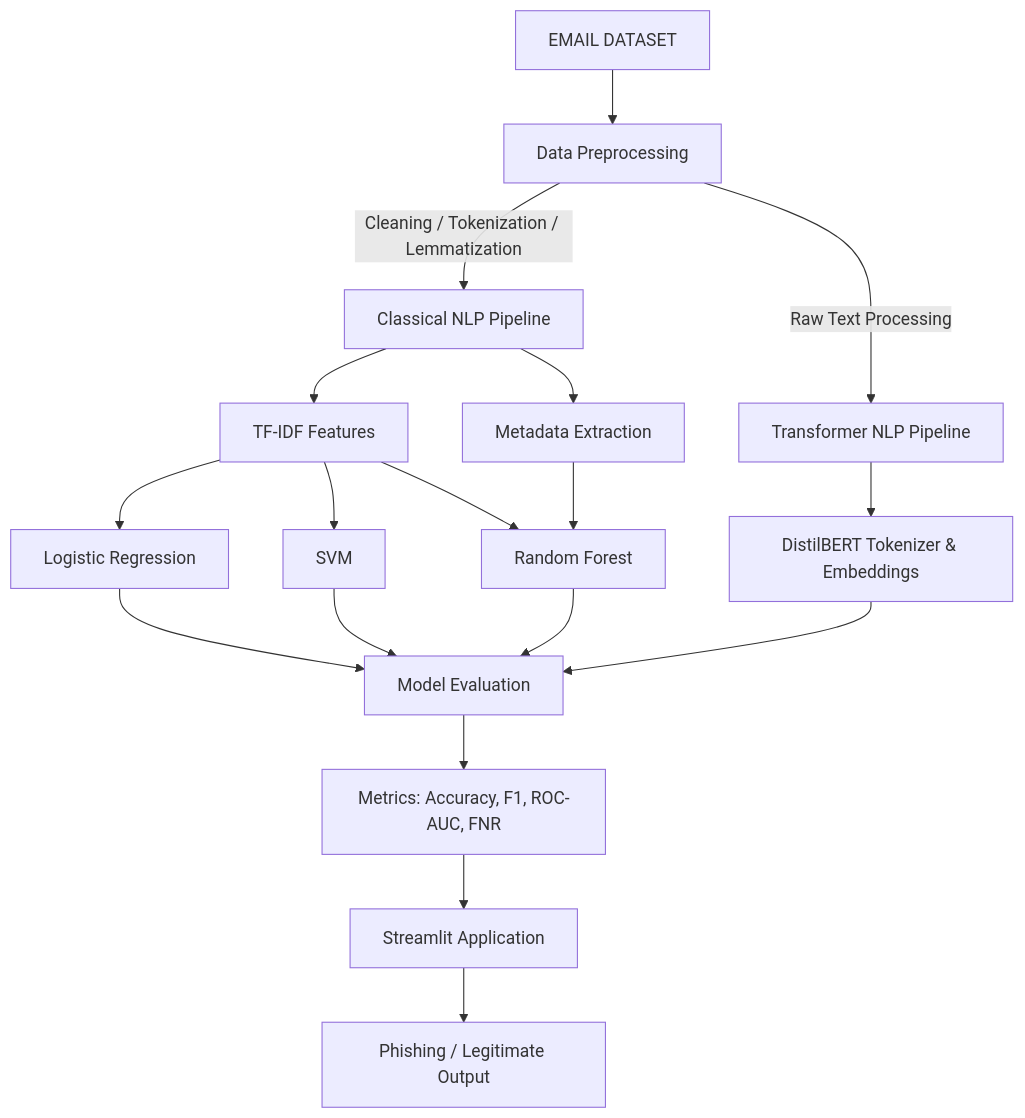
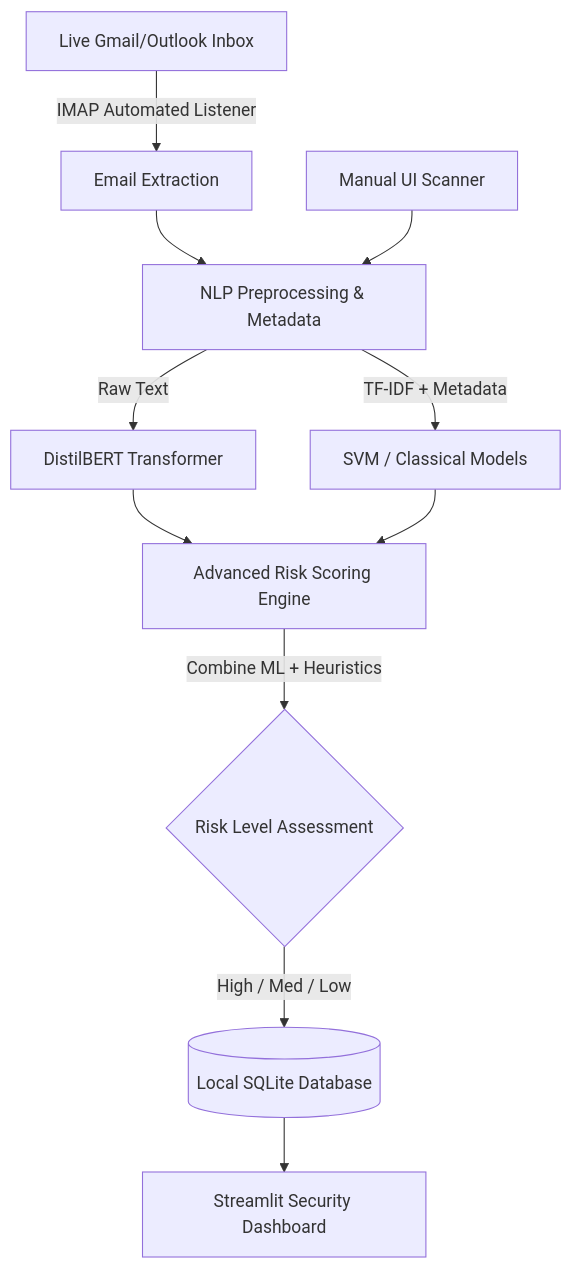
Before and after one commit to pranayvalvi/PhishGuard: the diagram in PhishGuard_Project_Report.md, drawn with Mermaid. The commit also changed other lines of this file, not shown here.

Commit message:
Update final project report with PhishGuard 2.0 features and architecture

````diff
--- a/PhishGuard_Project_Report.md
+++ b/PhishGuard_Project_Report.md
@@ -27,25 +29,19 @@
 ```mermaid
 flowchart TD
-    A[EMAIL DATASET] --> B[Data Preprocessing]
-    B -->|Cleaning / Tokenization / Lemmatization| C[Classical NLP Pipeline]
-    B -->|Raw Text Processing| D[Transformer NLP Pipeline]
+    A[Live Gmail/Outlook Inbox] -->|IMAP Automated Listener| B[Email Extraction]
+    B --> C[NLP Preprocessing & Metadata]
     
-    C --> E[TF-IDF Features]
-    C --> F[Metadata Extraction]
+    C -->|Raw Text| D[DistilBERT Transformer]
+    C -->|TF-IDF + Metadata| E[SVM / Classical Models]
     
-    E --> G[Logistic Regression]
-    E --> H[SVM]
-    E --> I[Random Forest]
-    F --> I
+    D --> F[Advanced Risk Scoring Engine]
+    E --> F
     
-    D --> J[DistilBERT Tokenizer & Embeddings]
+    F -->|Combine ML + Heuristics| G{Risk Level Assessment}
     
-    G --> K[Model Evaluation]
-    H --> K
-    I --> K
-    J --> K
+    G -->|High / Med / Low| H[(Local SQLite Database)]
     
-    K --> L[Metrics: Accuracy, F1, ROC-AUC, FNR]
-    L --> M[Streamlit Application]
-    M --> N[Phishing / Legitimate Output]
+    H --> I[Streamlit Security Dashboard]
+    
+    J[Manual UI Scanner] --> C
 ```
````
